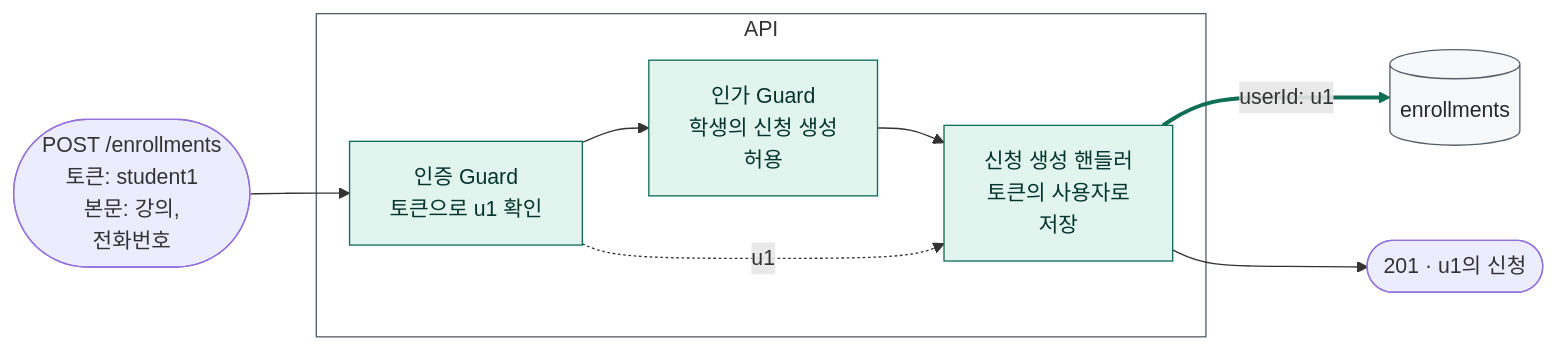
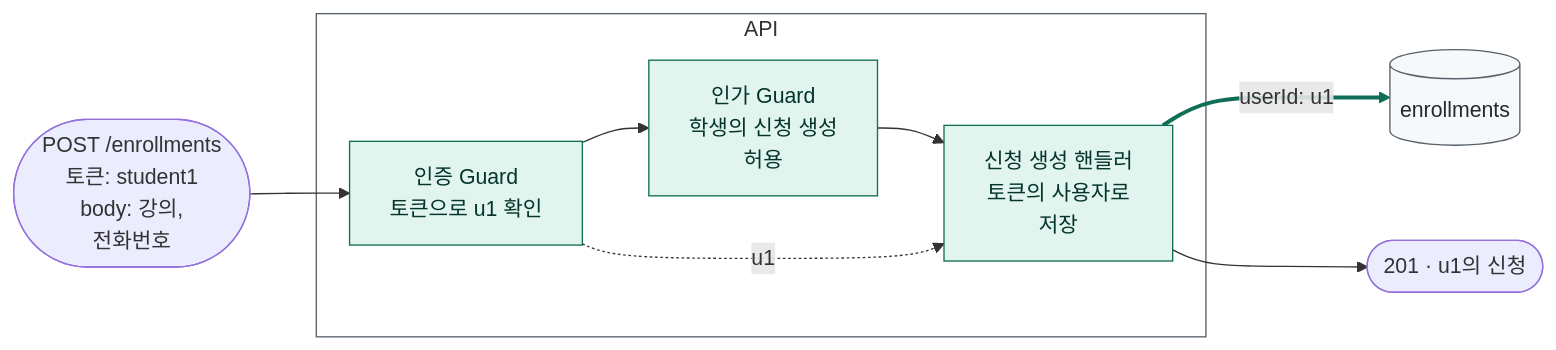
One commit to loquemedalagana/secure-enroll-demo changed the third of 3 diagrams in docs/diagnosis/defect-8.md. Above: the diagram before and after it, drawn with Mermaid. The commit also changed other lines of this file, not shown here.

First line of the commit message:
docs: 결함 8 보고서의 '요청 본문'을 '요청 body'로 고침

````diff
--- a/docs/diagnosis/defect-8.md
+++ b/docs/diagnosis/defect-8.md
@@ -356,24 +356,24 @@
 ```mermaid
 flowchart LR
-  req(["POST /enrollments<br/>토큰: student1<br/>본문: 강의,<br/>전화번호"])
+  req(["POST /enrollments<br/>토큰: student1<br/>body: 강의,<br/>전화번호"])
 
   subgraph api["API"]
     a["인증 Guard<br/>토큰으로 u1 확인"]
     z["인가 Guard<br/>학생의 신청 생성<br/>허용"]
     h["신청 생성 핸들러<br/>토큰의 사용자로<br/>저장"]
   end
 
   db[("enrollments")]
 
   req --> a --> z --> h
   a -. "u1" .-> h
   h == "userId: u1" ==> db
   h --> res(["201 · u1의 신청"])
 
   classDef safe fill:#E1F5EE,stroke:#0F6E56,color:#04342C
   classDef neutral fill:#f6f8fa,stroke:#57606a,color:#24292f
   class a,z,h safe
   class db neutral
   style api fill:none,stroke:#57606a
   linkStyle 4 stroke:#0F6E56,stroke-width:3px
 ```
````
